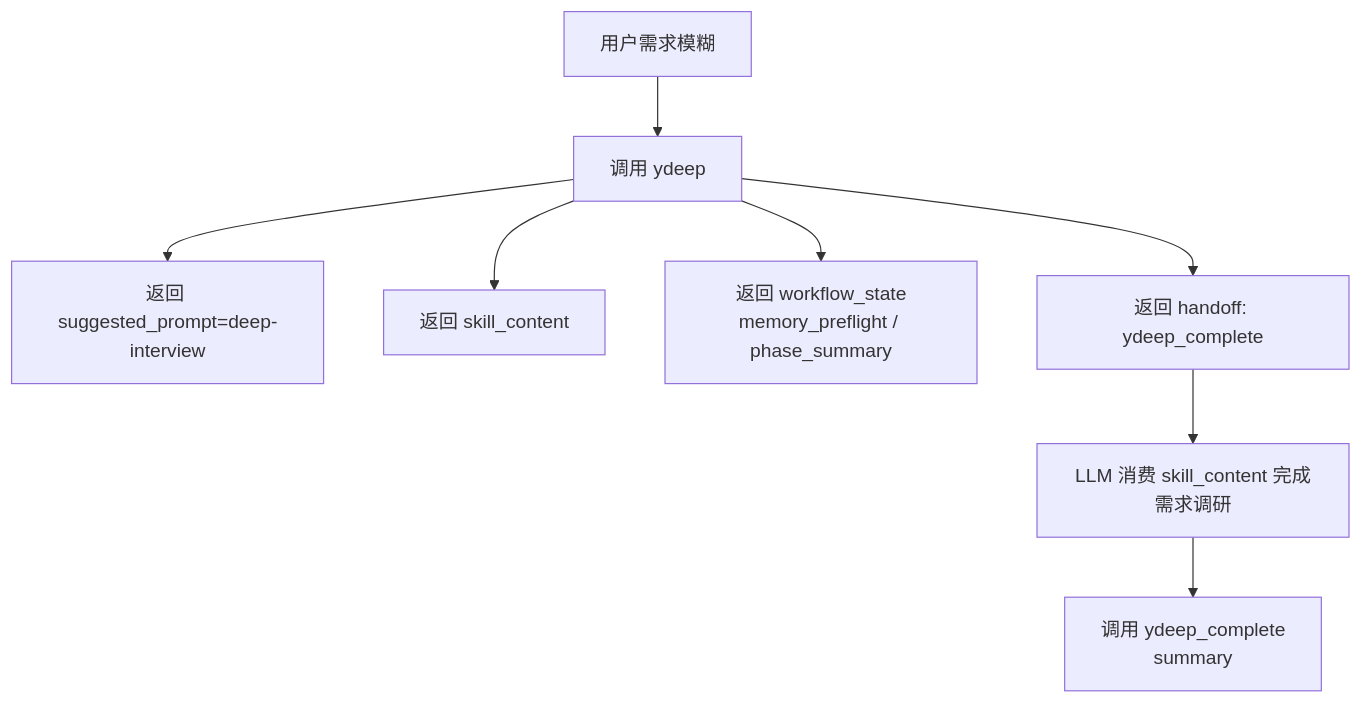
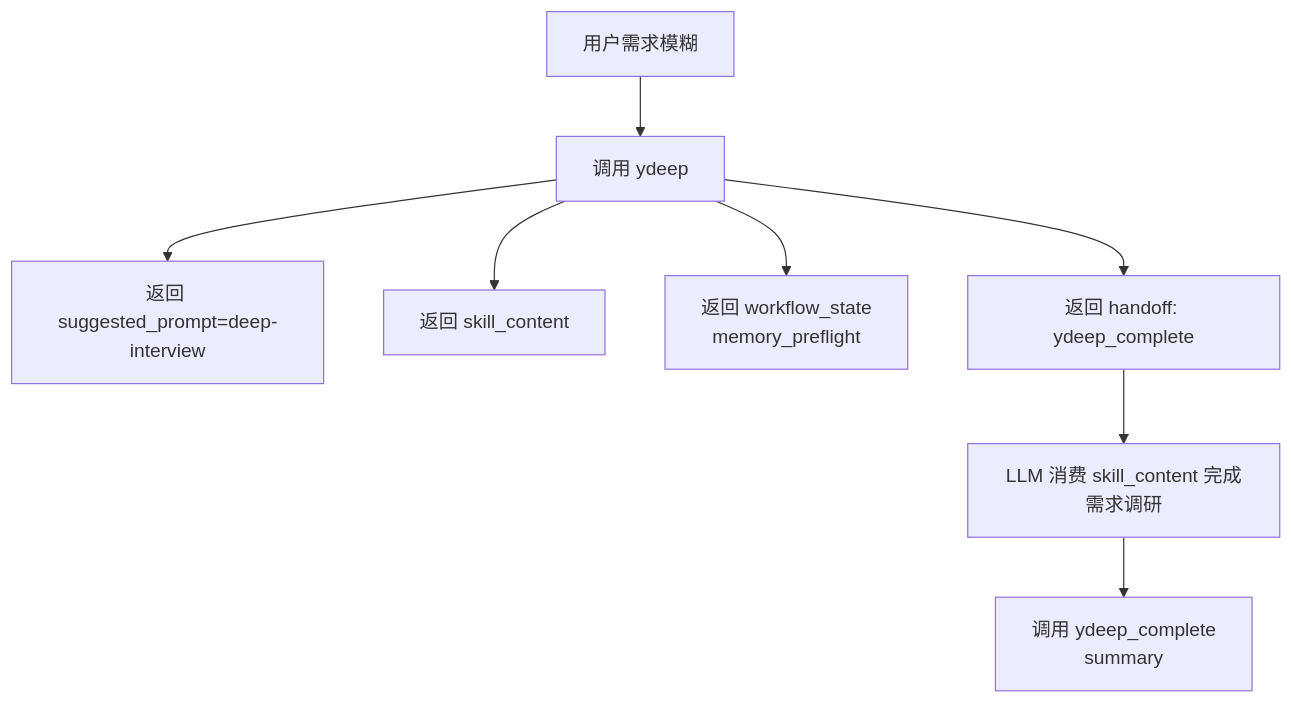
Before and after one commit to CodeyLife/Ymcp: the first of 5 diagrams in docs/current-workflow-flowcharts.md, drawn with Mermaid. The commit also changed other lines of this file and 20 other files, not shown here.

````diff
--- a/docs/current-workflow-flowcharts.md
+++ b/docs/current-workflow-flowcharts.md
@@ -14,10 +14,10 @@
 ```mermaid
 flowchart TD
     A[用户需求模糊] --> B[调用 ydeep]
     B --> C[返回 suggested_prompt=deep-interview]
     B --> D[返回 skill_content]
-    B --> E[返回 workflow_state<br/>memory_preflight / phase_summary]
+    B --> E[返回 workflow_state<br/>memory_preflight]
     B --> F[返回 handoff: ydeep_complete]
     F --> G[LLM 消费 skill_content 完成需求调研]
     G --> H[调用 ydeep_complete<br/>summary]
 ```
````
